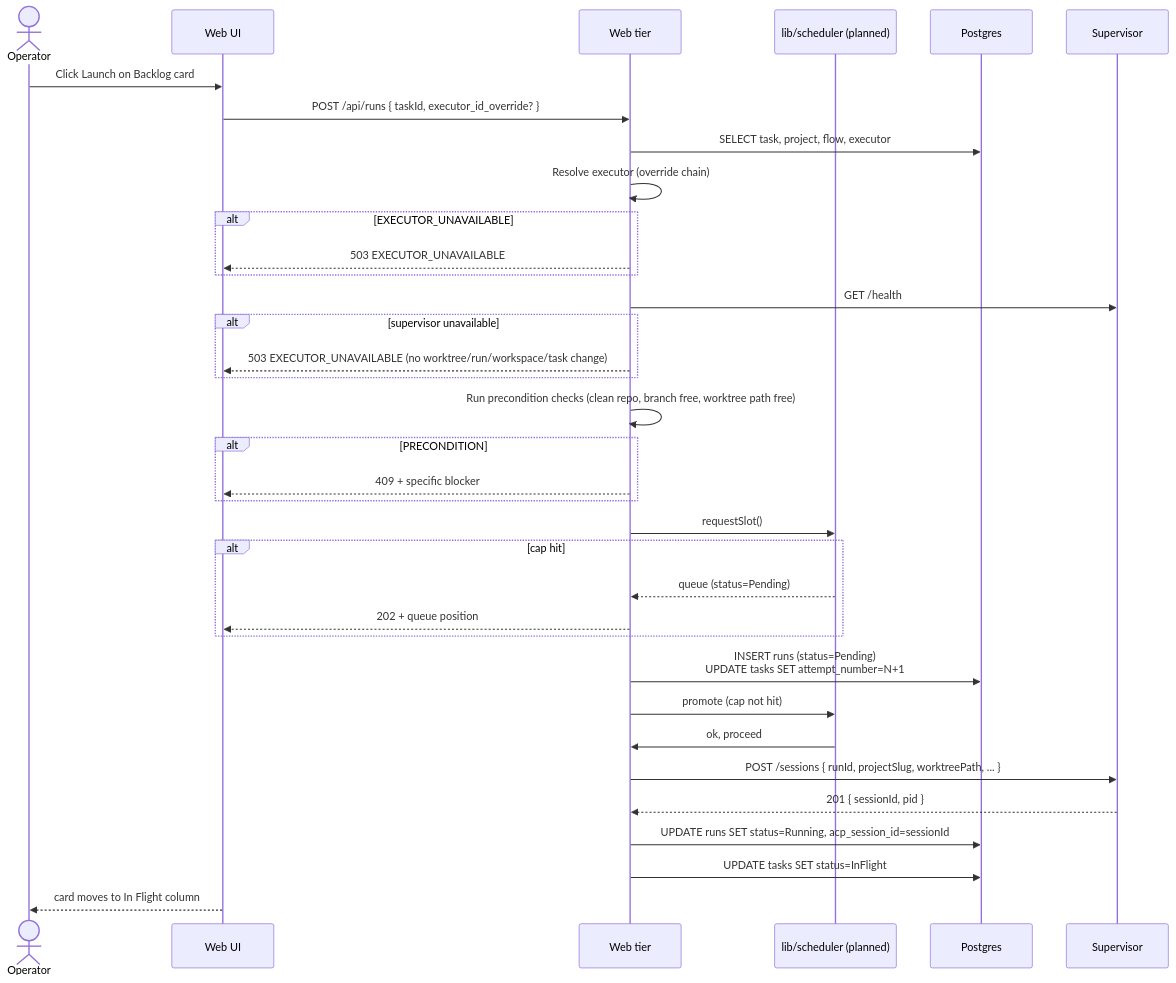
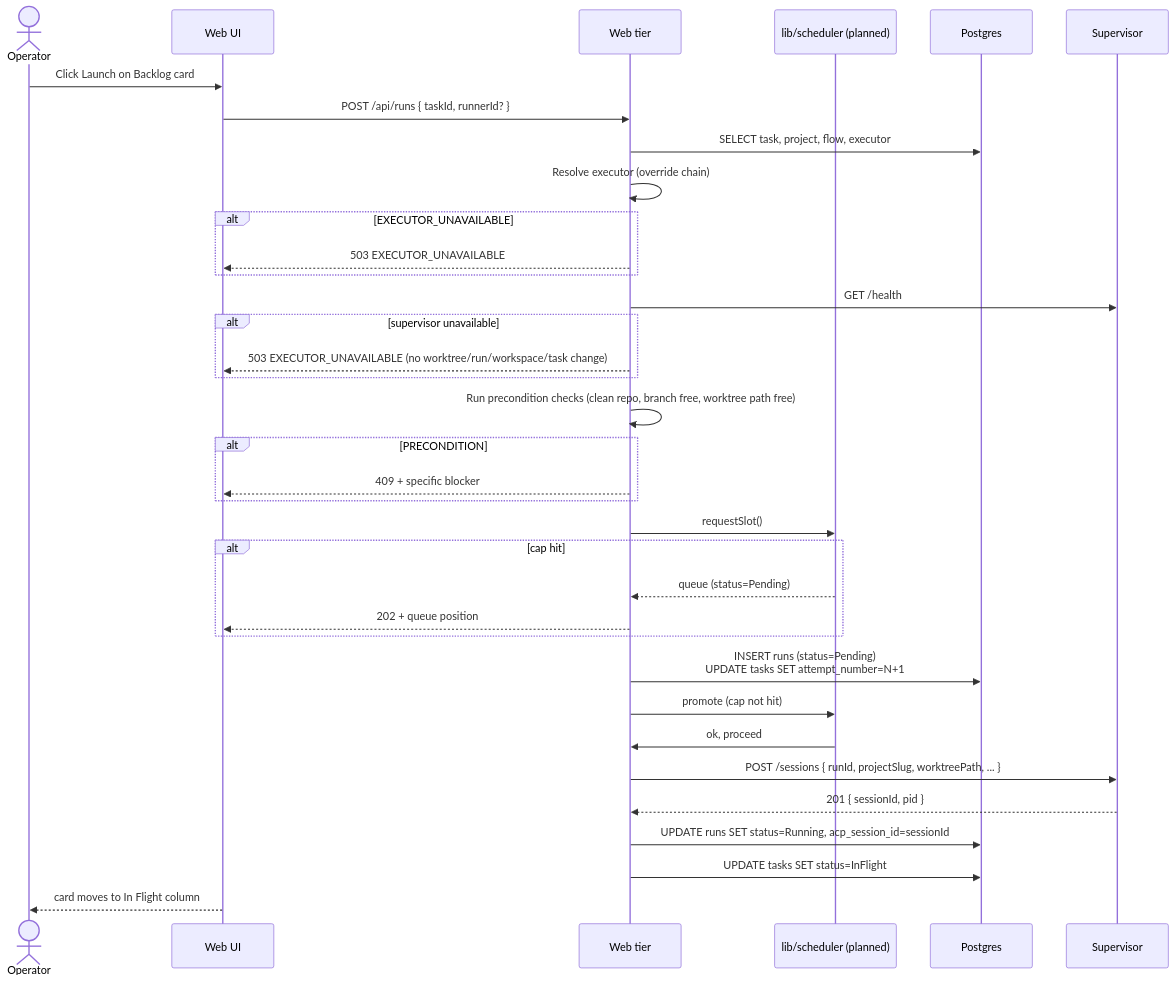
The fourth of 6 diagrams in docs/system-analytics/tasks.md (maister-dev/maister), drawn with Mermaid before and after one commit. The commit also changed other lines of this file and 212 other files, not shown here.

````diff
--- a/docs/system-analytics/tasks.md
+++ b/docs/system-analytics/tasks.md
@@ -106,38 +106,38 @@
 ```mermaid
 sequenceDiagram
     actor U as Operator
     participant UI as Web UI
     participant W as Web tier
     participant SCH as lib/scheduler (planned)
     participant DB as Postgres
     participant SV as Supervisor
 
     U->>UI: Click Launch on Backlog card
-    UI->>W: POST /api/runs { taskId, executor_id_override? }
+    UI->>W: POST /api/runs { taskId, runnerId? }
     W->>DB: SELECT task, project, flow, executor
     W->>W: Resolve executor (override chain)
     alt EXECUTOR_UNAVAILABLE
         W-->>UI: 503 EXECUTOR_UNAVAILABLE
     end
     W->>SV: GET /health
     alt supervisor unavailable
         W-->>UI: 503 EXECUTOR_UNAVAILABLE (no worktree/run/workspace/task change)
     end
     W->>W: Run precondition checks (clean repo, branch free, worktree path free)
     alt PRECONDITION
         W-->>UI: 409 + specific blocker
     end
     W->>SCH: requestSlot()
     alt cap hit
         SCH-->>W: queue (status=Pending)
         W-->>UI: 202 + queue position
     end
     W->>DB: INSERT runs (status=Pending)<br/>UPDATE tasks SET attempt_number=N+1
     W->>SCH: promote (cap not hit)
     SCH->>W: ok, proceed
     W->>SV: POST /sessions { runId, projectSlug, worktreePath, ... }
     SV-->>W: 201 { sessionId, pid }
     W->>DB: UPDATE runs SET status=Running, acp_session_id=sessionId
     W->>DB: UPDATE tasks SET status=InFlight
     UI-->>U: card moves to In Flight column
 ```
````
